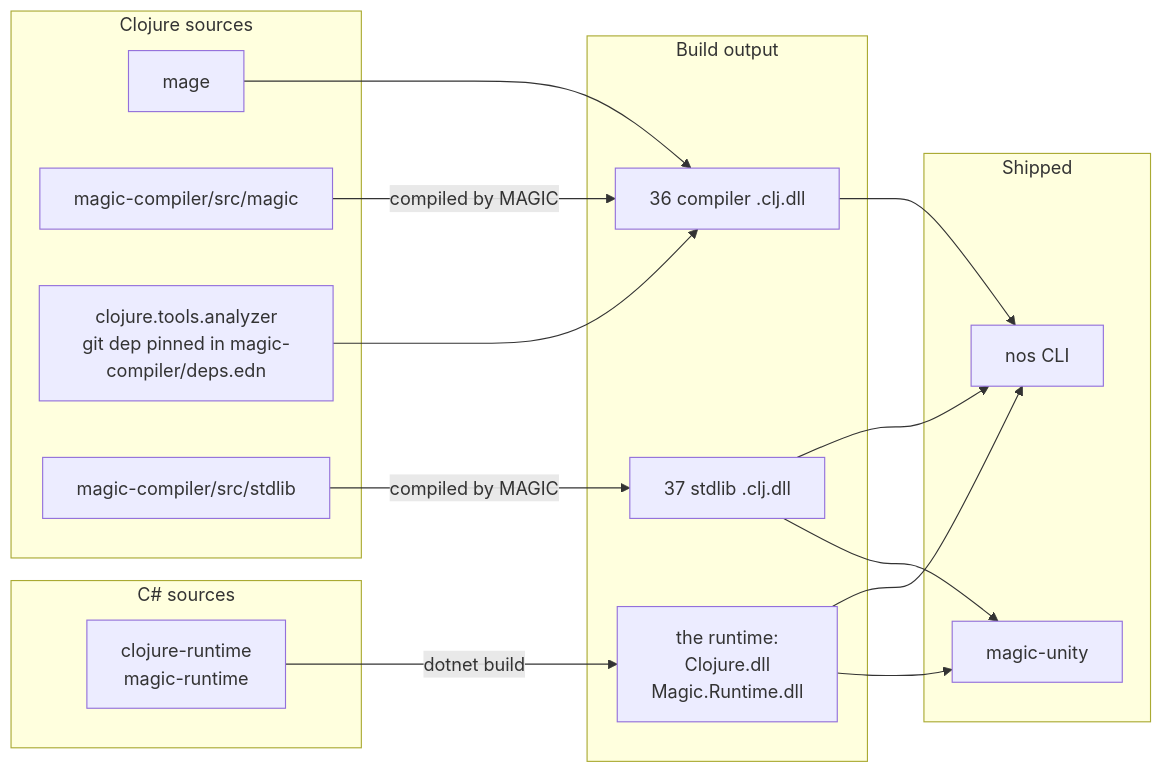
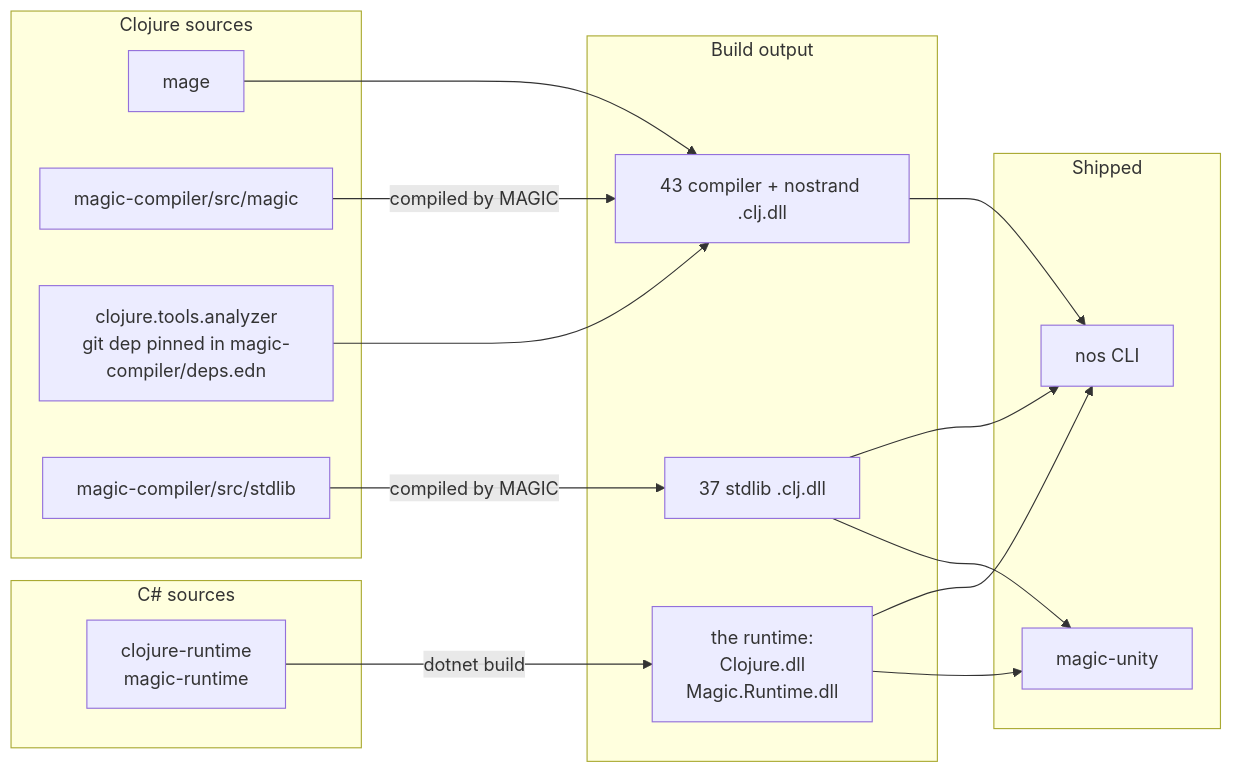
Before and after one commit to flybot-sg/magic: the first of 5 diagrams in docs/architecture.md, drawn with Mermaid. The commit also changed other lines of this file and 29 other files, not shown here.

````diff
--- a/docs/architecture.md
+++ b/docs/architecture.md
@@ -21,36 +21,36 @@
 ```mermaid
 flowchart LR
     subgraph cssrc["C# sources"]
         cs["clojure-runtime<br/>magic-runtime"]
     end
 
     subgraph cljsrc["Clojure sources"]
         mage["mage"]
         cljc["magic-compiler/src/magic"]
         ta["clojure.tools.analyzer<br/>git dep pinned in magic-compiler/deps.edn"]
         cljs["magic-compiler/src/stdlib"]
     end
 
     subgraph out["Build output"]
         rt["the runtime:<br/>Clojure.dll<br/>Magic.Runtime.dll"]
-        cdll["36 compiler .clj.dll"]
+        cdll["43 compiler + nostrand .clj.dll"]
         sdll["37 stdlib .clj.dll"]
     end
 
     subgraph ship["Shipped"]
         nos["nos CLI"]
         upm["magic-unity"]
     end
 
     cs -->|"dotnet build"| rt
     mage --> cdll
     cljc -->|"compiled by MAGIC"| cdll
     ta --> cdll
     cljs -->|"compiled by MAGIC"| sdll
 
     rt --> nos
     cdll --> nos
     sdll --> nos
     rt --> upm
     sdll --> upm
 ```
````
